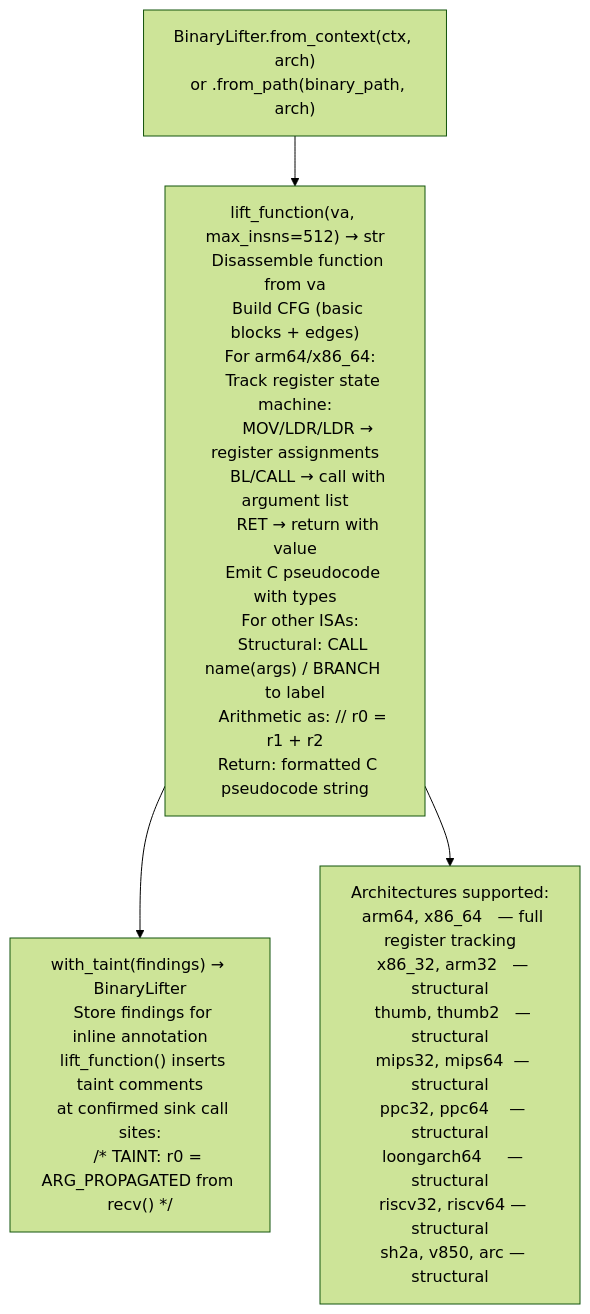
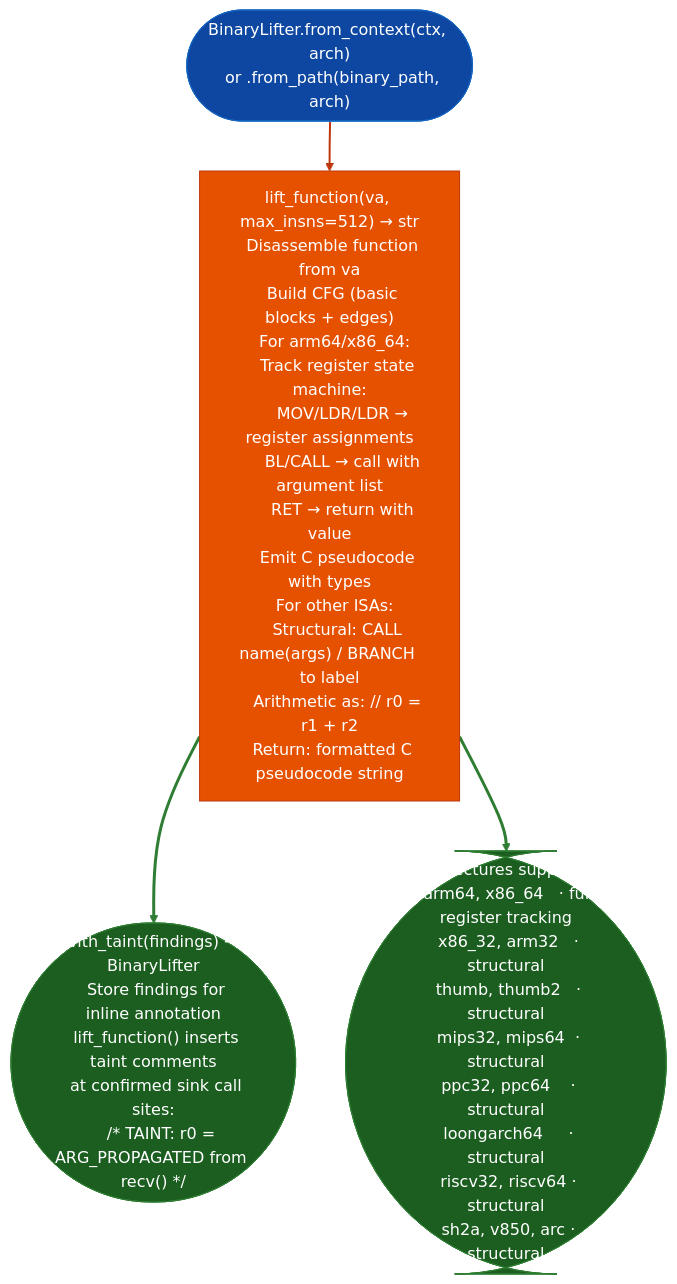
The diagram in docs/reference-modules/instruction-stream-import-and-normalization.md (Ablation-Tool/ablation), drawn with Mermaid (forest theme) before and after one commit. The commit also changed 320 other files, not shown here.

First line of the commit message:
docs: apply canonical Mermaid template to all 321 diagrams

````diff
--- a/docs/reference-modules/instruction-stream-import-and-normalization.md
+++ b/docs/reference-modules/instruction-stream-import-and-normalization.md
@@ -19,6 +19,15 @@
 ```mermaid
 flowchart TD
-    A["BinaryLifter.from_context(ctx, arch)\n  or .from_path(binary_path, arch)"] --> B["lift_function(va, max_insns=512) → str\n  Disassemble function from va\n  Build CFG (basic blocks + edges)\n  For arm64/x86_64:\n    Track register state machine:\n      MOV/LDR/LDR → register assignments\n      BL/CALL → call with argument list\n      RET → return with value\n    Emit C pseudocode with types\n  For other ISAs:\n    Structural: CALL name(args) / BRANCH to label\n    Arithmetic as: // r0 = r1 + r2\n  Return: formatted C pseudocode string"]
-    B --> C["with_taint(findings) → BinaryLifter\n  Store findings for inline annotation\n  lift_function() inserts taint comments\n  at confirmed sink call sites:\n    /* TAINT: r0 = ARG_PROPAGATED from recv() */"]
-    B --> D["Architectures supported:\n  arm64, x86_64   — full register tracking\n  x86_32, arm32   — structural\n  thumb, thumb2   — structural\n  mips32, mips64  — structural\n  ppc32, ppc64    — structural\n  loongarch64     — structural\n  riscv32, riscv64 — structural\n  sh2a, v850, arc — structural"]
+    A(["BinaryLifter.from_context(ctx, arch)\n  or .from_path(binary_path, arch)"]):::input --> B["lift_function(va, max_insns=512) → str\n  Disassemble function from va\n  Build CFG (basic blocks + edges)\n  For arm64/x86_64:\n    Track register state machine:\n      MOV/LDR/LDR → register assignments\n      BL/CALL → call with argument list\n      RET → return with value\n    Emit C pseudocode with types\n  For other ISAs:\n    Structural: CALL name(args) / BRANCH to label\n    Arithmetic as: // r0 = r1 + r2\n  Return: formatted C pseudocode string"]:::primary
+    B:::primary --> C(["with_taint(findings) → BinaryLifter\n  Store findings for inline annotation\n  lift_function() inserts taint comments\n  at confirmed sink call sites:\n    /* TAINT: r0 = ARG_PROPAGATED from recv() */"]):::output
+    B:::primary --> D(["Architectures supported:\n  arm64, x86_64   · full register tracking\n  x86_32, arm32   · structural\n  thumb, thumb2   · structural\n  mips32, mips64  · structural\n  ppc32, ppc64    · structural\n  loongarch64     · structural\n  riscv32, riscv64 · structural\n  sh2a, v850, arc · structural"]):::output
+    classDef input     fill:#0d47a1,stroke:#1565c0,color:#fff
+    classDef primary   fill:#e65100,stroke:#bf360c,color:#fff
+    classDef secondary fill:#004d40,stroke:#00695c,color:#fff
+    classDef tertiary  fill:#4a148c,stroke:#6a1b9a,color:#fff
+    classDef neutral   fill:#37474f,stroke:#546e7a,color:#fff
+    classDef output    fill:#1b5e20,stroke:#2e7d32,color:#fff
+    linkStyle 0 stroke:#bf360c,stroke-width:2px
+    linkStyle 1 stroke:#2e7d32,stroke-width:3px
+    linkStyle 2 stroke:#2e7d32,stroke-width:3px
 ```
````
